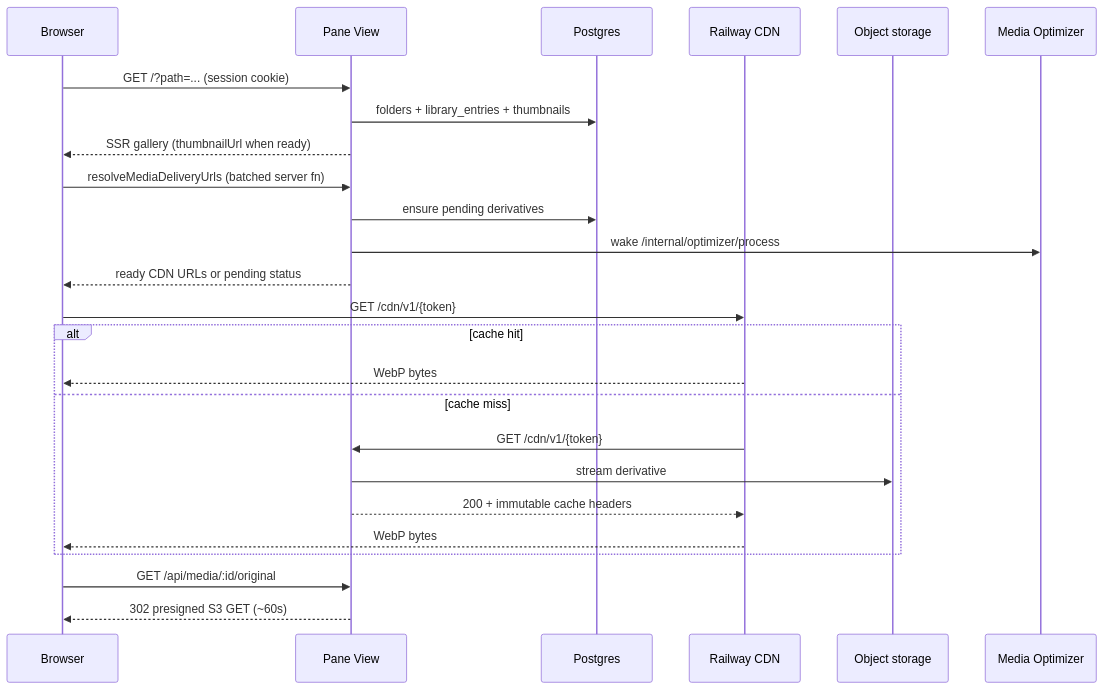
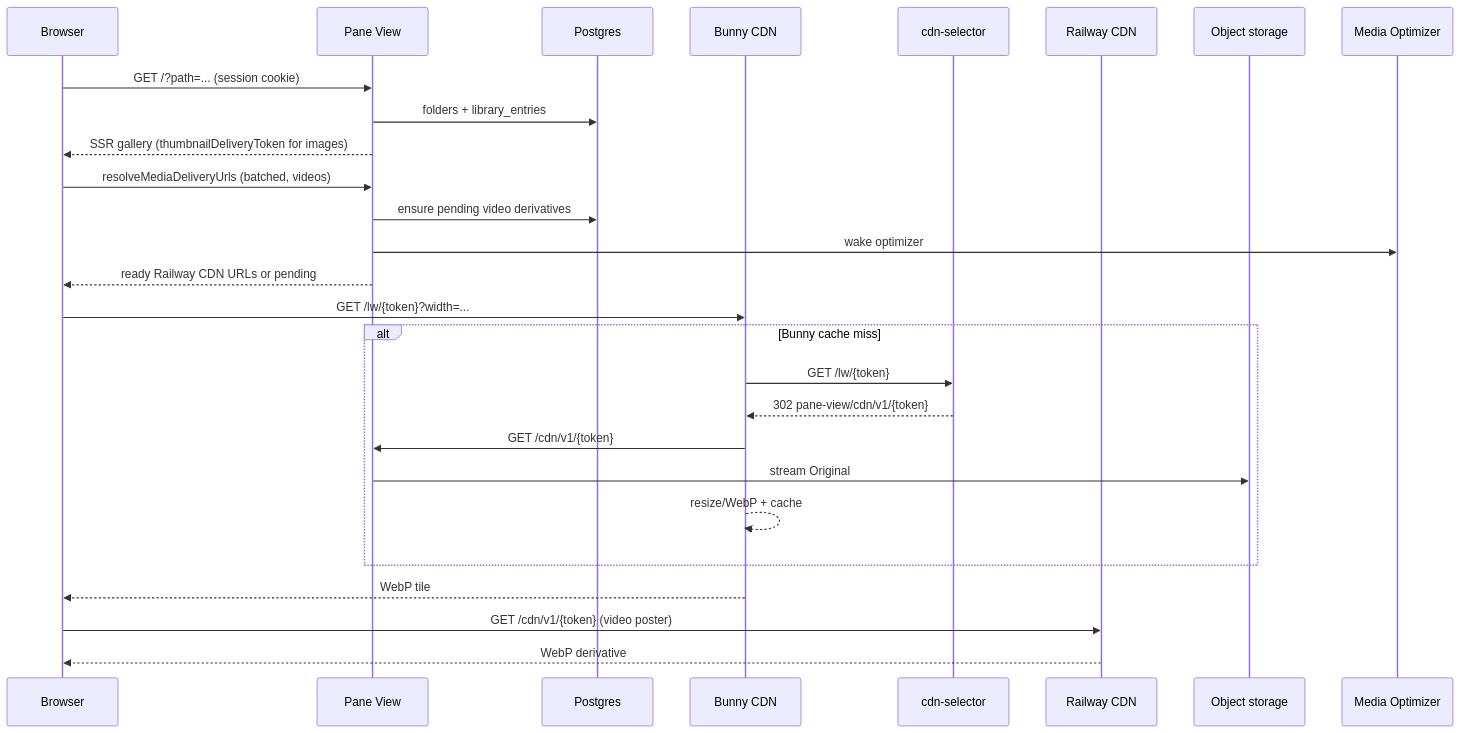
The fourth of 7 diagrams in docs/ARCHITECTURE.md (Traydr/latch-works), drawn with Mermaid before and after one commit. The commit also changed other lines of this file and 36 other files, not shown here.

First line of the commit message:
Offload image thumbnails to Bunny CDN Optimizer.

````diff
--- a/docs/ARCHITECTURE.md
+++ b/docs/ARCHITECTURE.md
@@ -389,31 +389,33 @@
 ```mermaid
 sequenceDiagram
   participant B as Browser
   participant PV as Pane View
   participant DB as Postgres
-  participant CDN as Railway CDN
+  participant Bunny as Bunny CDN
+  participant CS as cdn-selector
+  participant RCDN as Railway CDN
   participant S3 as Object storage
   participant MO as Media Optimizer
 
   B->>PV: GET /?path=... (session cookie)
-  PV->>DB: folders + library_entries + thumbnails
-  PV-->>B: SSR gallery (thumbnailUrl when ready)
+  PV->>DB: folders + library_entries
+  PV-->>B: SSR gallery (thumbnailDeliveryToken for images)
 
-  B->>PV: resolveMediaDeliveryUrls (batched server fn)
-  PV->>DB: ensure pending derivatives
-  PV->>MO: wake /internal/optimizer/process
-  PV-->>B: ready CDN URLs or pending status
+  B->>PV: resolveMediaDeliveryUrls (batched, videos)
+  PV->>DB: ensure pending video derivatives
+  PV->>MO: wake optimizer
+  PV-->>B: ready Railway CDN URLs or pending
 
-  B->>CDN: GET /cdn/v1/{token}
-  alt cache hit
-    CDN-->>B: WebP bytes
-  else cache miss
-    CDN->>PV: GET /cdn/v1/{token}
-    PV->>S3: stream derivative
-    PV-->>CDN: 200 + immutable cache headers
-    CDN-->>B: WebP bytes
+  B->>Bunny: GET /lw/{token}?width=...
+  alt Bunny cache miss
+    Bunny->>CS: GET /lw/{token}
+    CS-->>Bunny: 302 pane-view/cdn/v1/{token}
+    Bunny->>PV: GET /cdn/v1/{token}
+    PV->>S3: stream Original
+    Bunny-->>Bunny: resize/WebP + cache
   end
+  Bunny-->>B: WebP tile
 
-  B->>PV: GET /api/media/:id/original
-  PV-->>B: 302 presigned S3 GET (~60s)
+  B->>RCDN: GET /cdn/v1/{token} (video poster)
+  RCDN-->>B: WebP derivative
 ```
````
